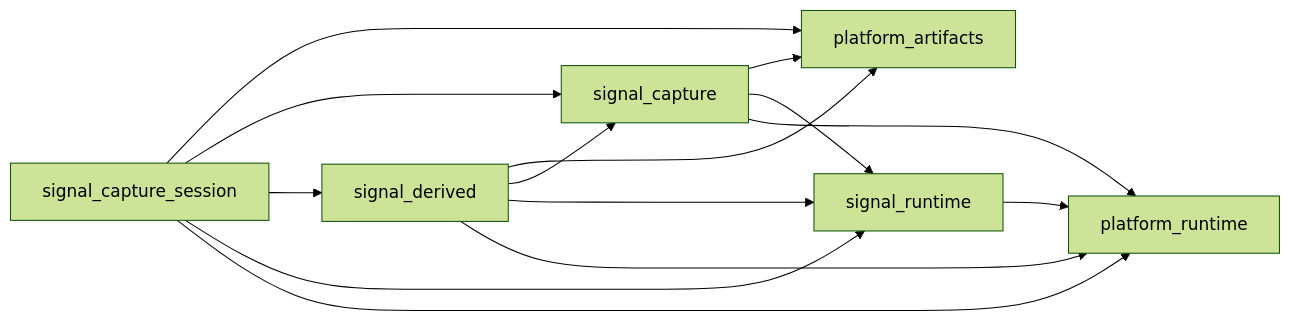
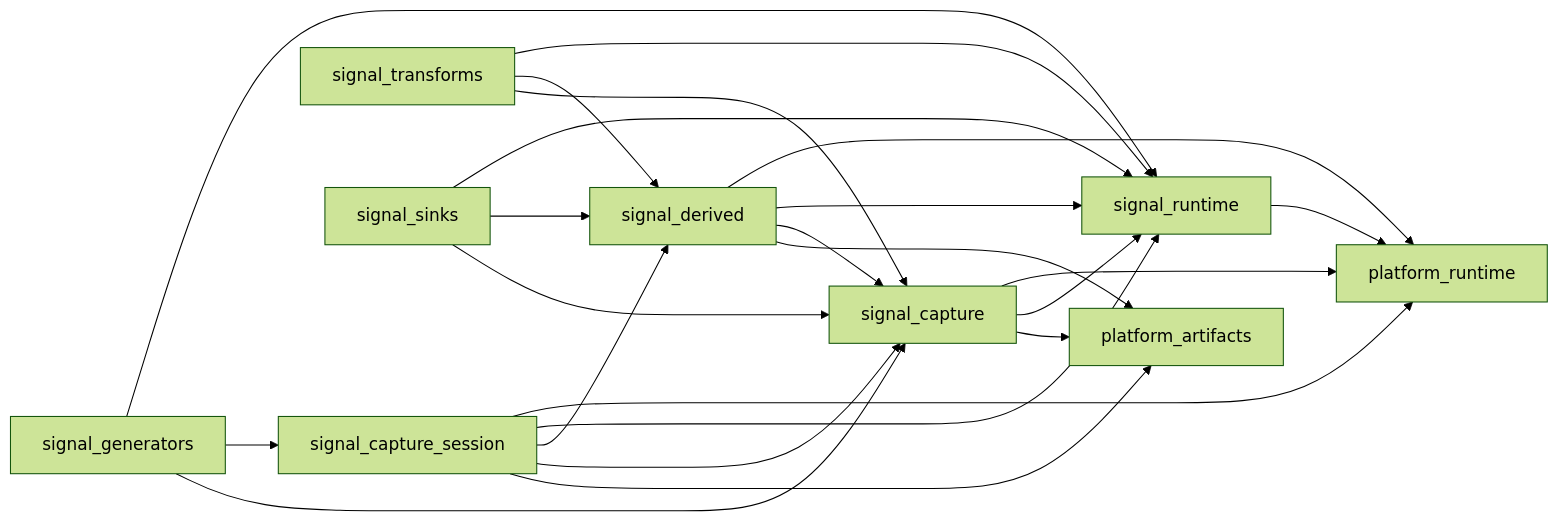
One commit to rcaelers/dsl changed the second of 2 diagrams in docs/architecture/crate_responsibility.md. Above: the diagram before and after it, drawn with Mermaid (forest theme). The commit also changed other lines of this file and 248 other files, not shown here.

````diff
--- a/docs/architecture/crate_responsibility.md
+++ b/docs/architecture/crate_responsibility.md
@@ -359,16 +401,25 @@
 ```mermaid
 flowchart LR
     Capture[signal_capture] --> Artifacts[platform_artifacts]
     Capture --> Runtime[signal_runtime]
     Capture --> HostRuntime[platform_runtime]
     Derived[signal_derived] --> Artifacts
     Derived --> Capture
     Derived --> Runtime
     Derived --> HostRuntime
     Session[signal_capture_session] --> Artifacts
     Session --> Capture
     Session --> Derived
     Session --> Runtime
     Session --> HostRuntime
+    Transforms[signal_transforms] --> Capture
+    Transforms --> Derived
+    Transforms --> Runtime
+    Sinks[signal_sinks] --> Capture
+    Sinks --> Derived
+    Sinks --> Runtime
+    Generators[signal_generators] --> Capture
+    Generators --> Session
+    Generators --> Runtime
     Runtime --> HostRuntime
 ```
````
